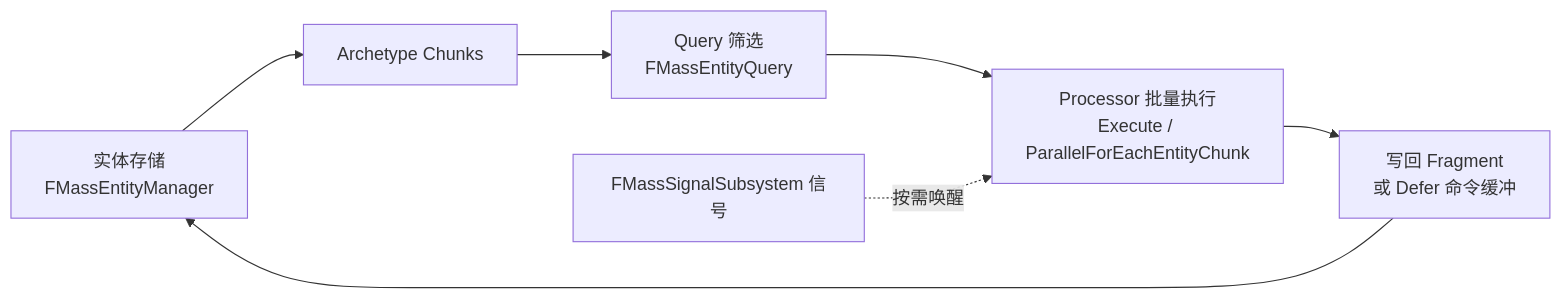
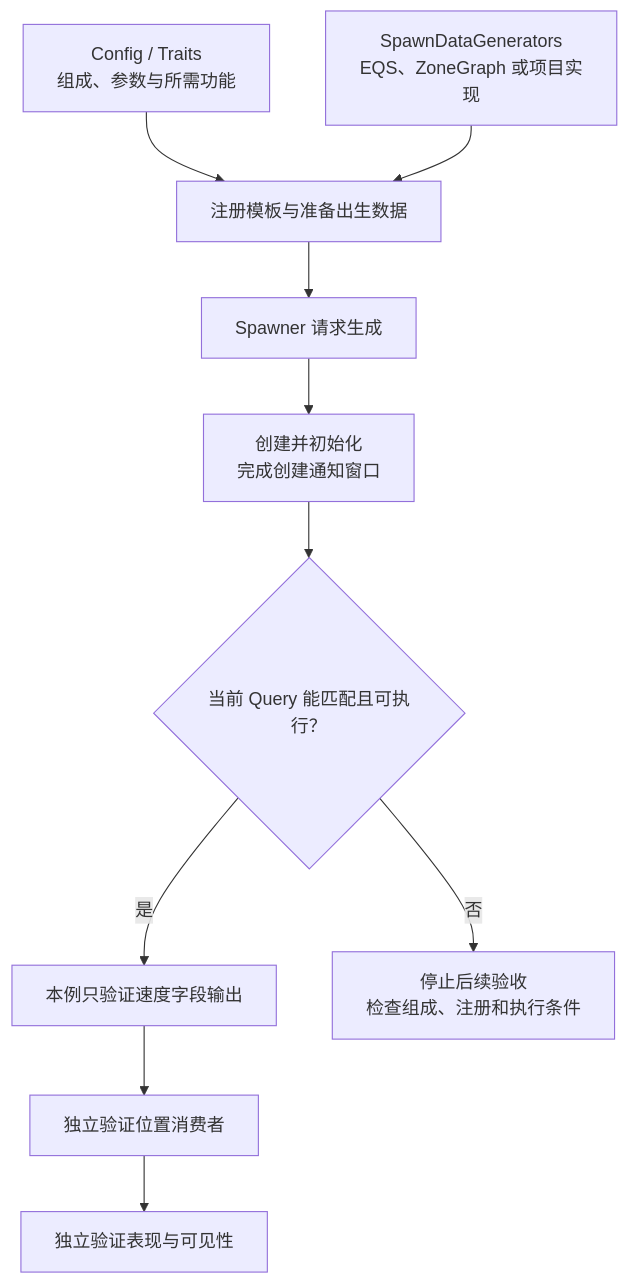
Before and after one commit to fantuan812/learning: the third of 5 diagrams in 知识/06-游戏AI/导航移动与群体协同/04-Mass实体框架与群集模拟.md, drawn with Mermaid. The commit also changed other lines of this file and 1 other file, not shown here.

````diff
--- a/知识/06-游戏AI/导航移动与群体协同/04-Mass实体框架与群集模拟.md
+++ b/知识/06-游戏AI/导航移动与群体协同/04-Mass实体框架与群集模拟.md
@@ -263,9 +425,12 @@
 ```mermaid
-flowchart LR
-    A["实体存储<br/>FMassEntityManager"] --> B["Archetype Chunks"]
-    B --> C["Query 筛选<br/>FMassEntityQuery"]
-    C --> D["Processor 批量执行<br/>Execute / ParallelForEachEntityChunk"]
-    D --> E["写回 Fragment<br/>或 Defer 命令缓冲"]
-    E --> A
-    S["FMassSignalSubsystem 信号"] -.按需唤醒.-> D
+flowchart TD
+    A["Config / Traits<br/>组成、参数与所需功能"] --> B["注册模板与准备出生数据"]
+    G["SpawnDataGenerators<br/>EQS、ZoneGraph 或项目实现"] --> B
+    B --> C["Spawner 请求生成"]
+    C --> D["创建并初始化<br/>完成创建通知窗口"]
+    D --> Q{"当前 Query 能匹配且可执行？"}
+    Q -->|是| V["本例只验证速度字段输出"]
+    Q -->|否| Stop["停止后续验收<br/>检查组成、注册和执行条件"]
+    V --> M["独立验证位置消费者"]
+    M --> R["独立验证表现与可见性"]
 ```
````
